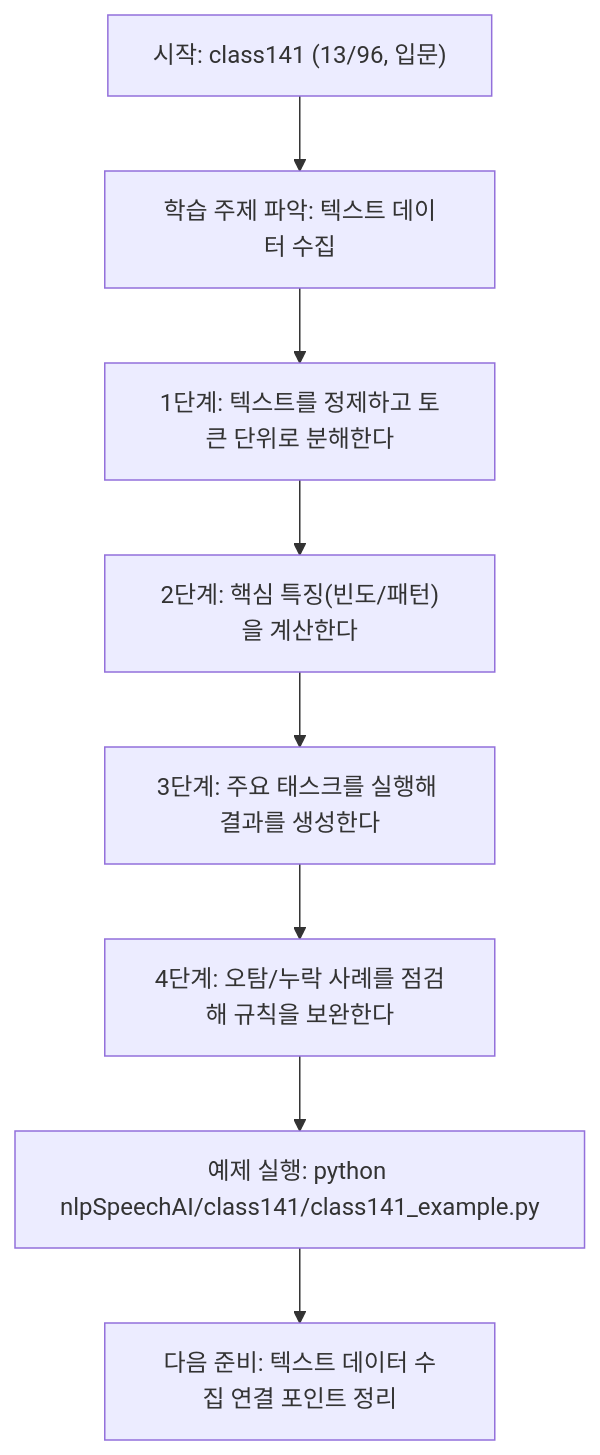
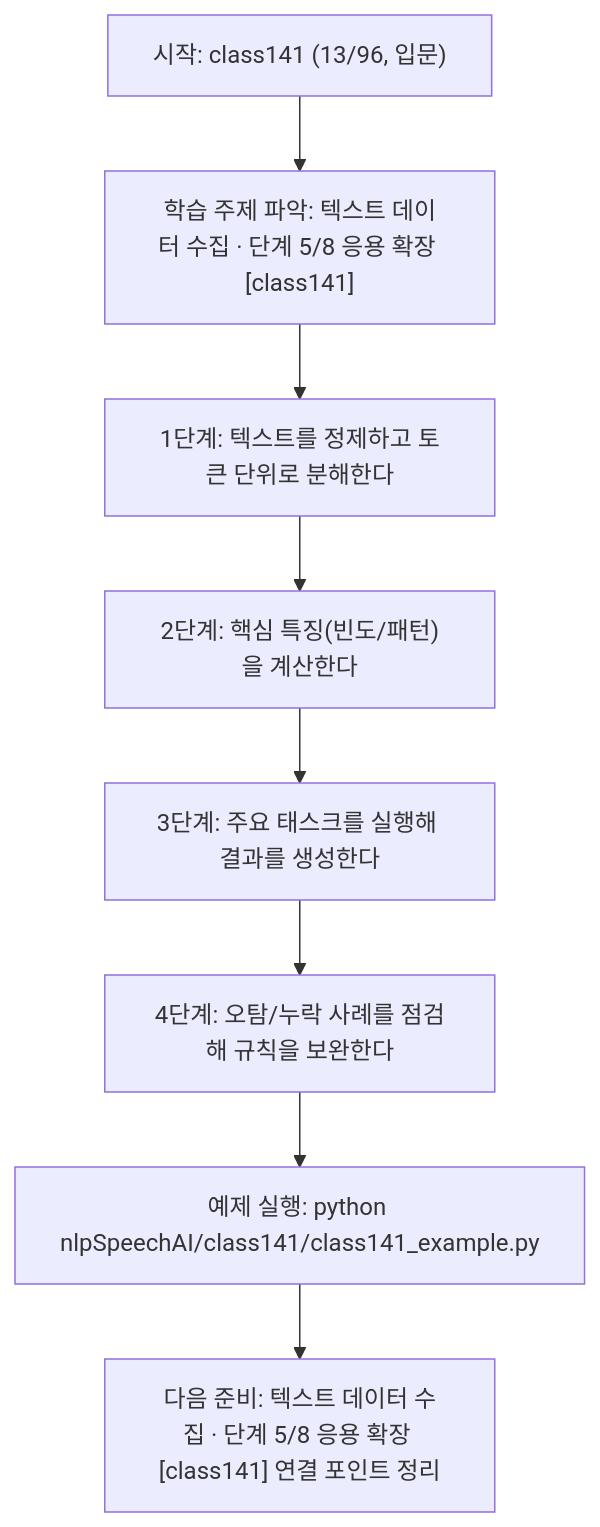
The diagram in nlpSpeechAI/class141/class141.md (edumgt/Python-AI_Agent-Class), drawn with Mermaid before and after one commit. The commit also changed other lines of this file and 522 other files, not shown here.

````diff
--- a/nlpSpeechAI/class141/class141.md
+++ b/nlpSpeechAI/class141/class141.md
@@ -113,18 +114,18 @@
 ```mermaid
 flowchart TD
 N1["시작: class141 (13/96, 입문)"]
-N2["학습 주제 파악: 텍스트 데이터 수집"]
+N2["학습 주제 파악: 텍스트 데이터 수집 · 단계 5/8 응용 확장 [class141]"]
 N3["1단계: 텍스트를 정제하고 토큰 단위로 분해한다"]
 N4["2단계: 핵심 특징(빈도/패턴)을 계산한다"]
 N5["3단계: 주요 태스크를 실행해 결과를 생성한다"]
 N6["4단계: 오탐/누락 사례를 점검해 규칙을 보완한다"]
 N7["예제 실행: python nlpSpeechAI/class141/class141_example.py"]
-N8["다음 준비: 텍스트 데이터 수집 연결 포인트 정리"]
+N8["다음 준비: 텍스트 데이터 수집 · 단계 5/8 응용 확장 [class141] 연결 포인트 정리"]
 N1 --> N2
 N2 --> N3
 N3 --> N4
 N4 --> N5
 N5 --> N6
 N6 --> N7
 N7 --> N8
 ```
````
